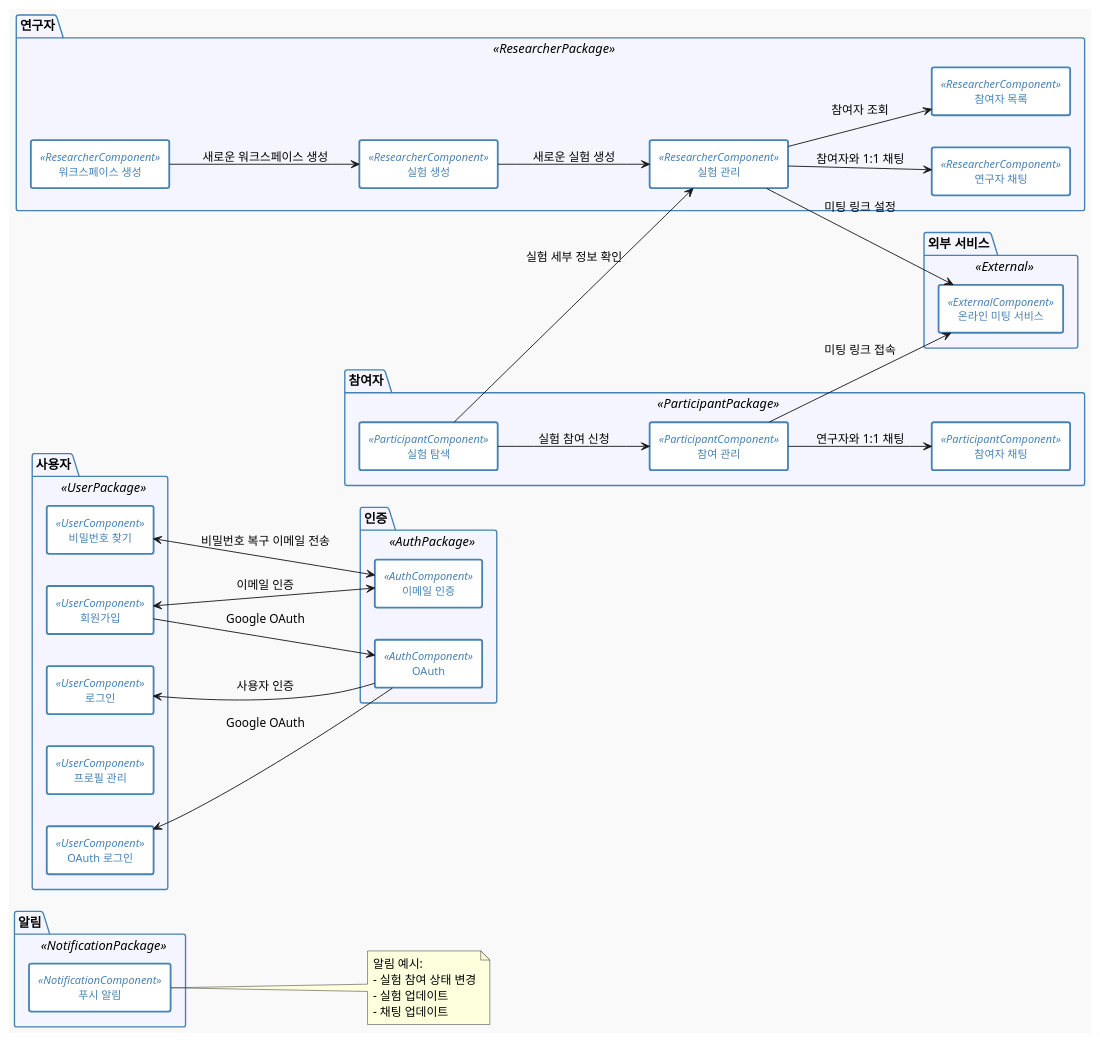
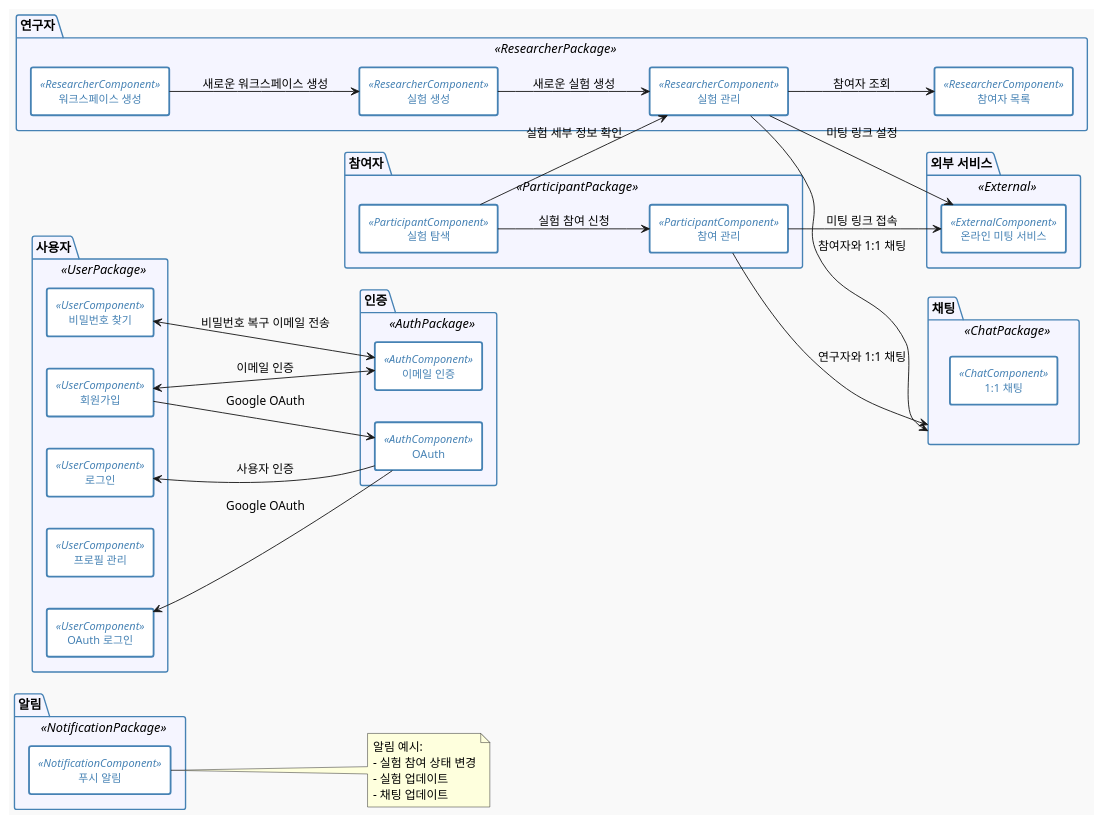
The diagram in docs/component-diagram.puml (f-lab-edu/dingdong-survey), drawn with PlantUML before and after one commit. The commit also changed 6 other files, not shown here.

```diff
--- a/docs/component-diagram.puml
+++ b/docs/component-diagram.puml
@@ -1,84 +1,84 @@
 @startuml
 left to right direction
 skinparam componentStyle rectangle
 skinparam backgroundColor #F9F9F9
 skinparam packageBackgroundColor #F5F5FF
 skinparam packageBorderColor #4682B4
 skinparam componentBorderColor #4682B4
 skinparam componentFontColor #4682B4
 skinparam componentBorderThickness 2
 skinparam componentFontSize 12
 skinparam component {
     BackgroundColor #FFFFFF
     BorderColor #4682B4
     FontColor #4682B4
 }
 
 package "사용자" <<UserPackage>> {
     [회원가입] <<UserComponent>>
     [로그인] <<UserComponent>>
     [OAuth 로그인] <<UserComponent>>
     [프로필 관리] <<UserComponent>>
     [비밀번호 찾기] <<UserComponent>>
 }
 
 package "연구자" <<ResearcherPackage>> {
     [워크스페이스 생성] <<ResearcherComponent>>
     [실험 생성] <<ResearcherComponent>>
     [실험 관리] <<ResearcherComponent>>
     [참여자 목록] <<ResearcherComponent>>
-    [연구자 채팅] <<ResearcherComponent>>
 }
 
 package "참여자" <<ParticipantPackage>> {
     [실험 탐색] <<ParticipantComponent>>
     [참여 관리] <<ParticipantComponent>>
-    [참여자 채팅] <<ParticipantComponent>>
-'    [알림] <<ParticipantComponent>>
 }
 
 package "인증" <<AuthPackage>> {
     [OAuth] <<AuthComponent>>
     [이메일 인증] <<AuthComponent>>
 }
 
 package "알림" <<NotificationPackage>> {
     [푸시 알림] <<NotificationComponent>>
 }
 
 package "외부 서비스" <<External>> {
     [온라인 미팅 서비스] <<ExternalComponent>>
 }
 
+package "채팅" <<ChatPackage>> {
+    [1:1 채팅] <<ChatComponent>>
+}
 
 ' 사용자 컴포넌트
 [회원가입] --> [OAuth] : Google OAuth
 [회원가입] <--> [이메일 인증] : 이메일 인증
 [비밀번호 찾기] <--> [이메일 인증] : 비밀번호 복구 이메일 전송
 
 ' 연구자 컴포넌트
 [워크스페이스 생성] --> [실험 생성] : 새로운 워크스페이스 생성
 [실험 생성] --> [실험 관리] : 새로운 실험 생성
 [실험 관리] --> [참여자 목록] : 참여자 조회
-[실험 관리] --> [연구자 채팅] : 참여자와 1:1 채팅
+[실험 관리] --> [채팅] : 참여자와 1:1 채팅
 [실험 관리] --> [온라인 미팅 서비스] : 미팅 링크 설정
 
 ' 참여자 컴포넌트
 [실험 탐색] --> [실험 관리] : 실험 세부 정보 확인
 [실험 탐색] --> [참여 관리] : 실험 참여 신청
-[참여 관리] --> [참여자 채팅] : 연구자와 1:1 채팅
+[참여 관리] --> [채팅] : 연구자와 1:1 채팅
 [참여 관리] --> [온라인 미팅 서비스] : 미팅 링크 접속
 
 ' 인증 컴포넌트
 [OAuth] --> [로그인] : 사용자 인증
 [OAuth] --> [OAuth 로그인] : Google OAuth
 
 ' 노트 추가
 note right of [푸시 알림]
     알림 예시:
     - 실험 참여 상태 변경
     - 실험 업데이트
     - 채팅 업데이트
 end note
 
 @enduml
```
